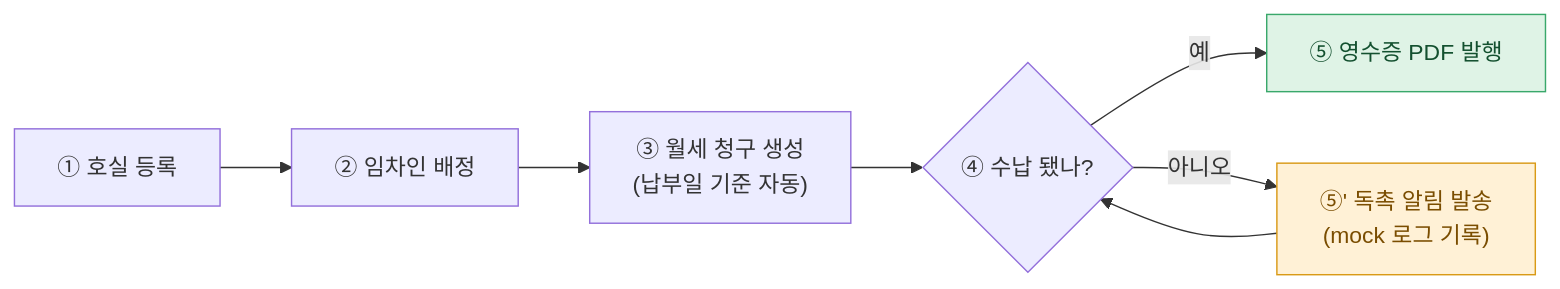
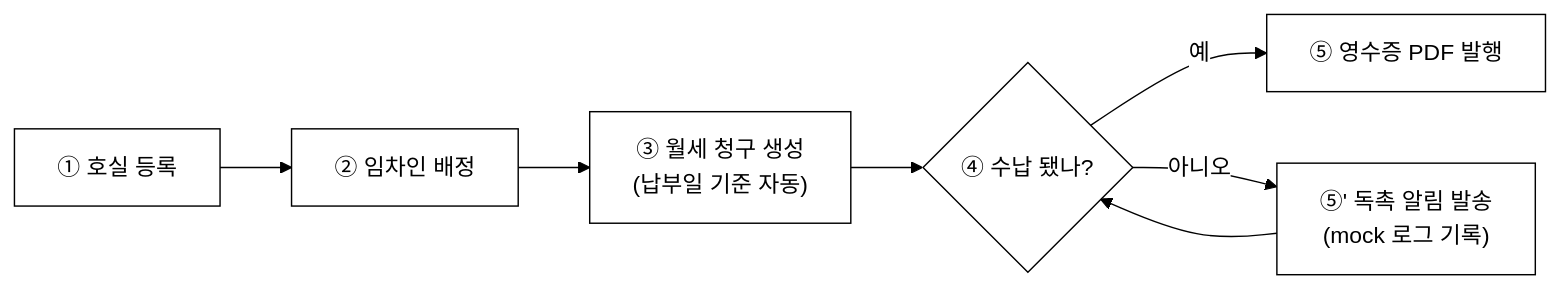
Before and after one commit to iamywl/k_startup_spare: the third of 8 diagrams in 2026-saas-rental-manager/biz/1_제안서.md, drawn with Mermaid. The commit also changed other lines of this file and 3 other files, not shown here.

````diff
--- a/2026-saas-rental-manager/biz/1_제안서.md
+++ b/2026-saas-rental-manager/biz/1_제안서.md
@@ -97,13 +97,10 @@
 ```mermaid
+%%{init: {'theme':'base','themeVariables':{'background':'#ffffff','primaryColor':'#ffffff','primaryBorderColor':'#000000','primaryTextColor':'#000000','secondaryColor':'#ffffff','secondaryBorderColor':'#000000','secondaryTextColor':'#000000','tertiaryColor':'#ffffff','tertiaryBorderColor':'#000000','tertiaryTextColor':'#000000','mainBkg':'#ffffff','secondBkg':'#ffffff','lineColor':'#000000','textColor':'#000000','clusterBkg':'#ffffff','clusterBorder':'#000000','edgeLabelBackground':'#ffffff','actorBkg':'#ffffff','actorBorder':'#000000','noteBkgColor':'#ffffff','noteBorderColor':'#000000','signalColor':'#000000','signalTextColor':'#000000','fontFamily':'Georgia, serif'}}}%%
 flowchart LR
     U["① 호실 등록"] --> T["② 임차인 배정"]
     T --> C["③ 월세 청구 생성<br/>(납부일 기준 자동)"]
     C --> P{"④ 수납 됐나?"}
     P -- "예" --> R["⑤ 영수증 PDF 발행"]
     P -- "아니오" --> N["⑤' 독촉 알림 발송<br/>(mock 로그 기록)"]
     N --> P
-    classDef ok fill:#dff3e6,stroke:#3aa86b,color:#13502f;
-    classDef warn fill:#fff1d6,stroke:#d99a16,color:#7a4d00;
-    class R ok;
-    class N warn;
 ```
````
